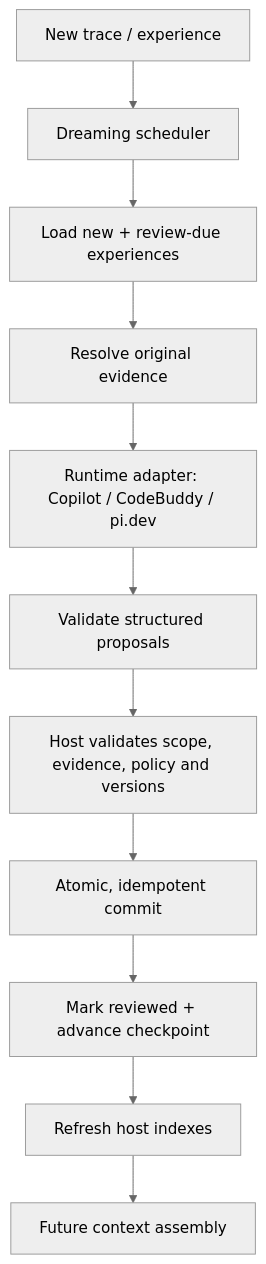
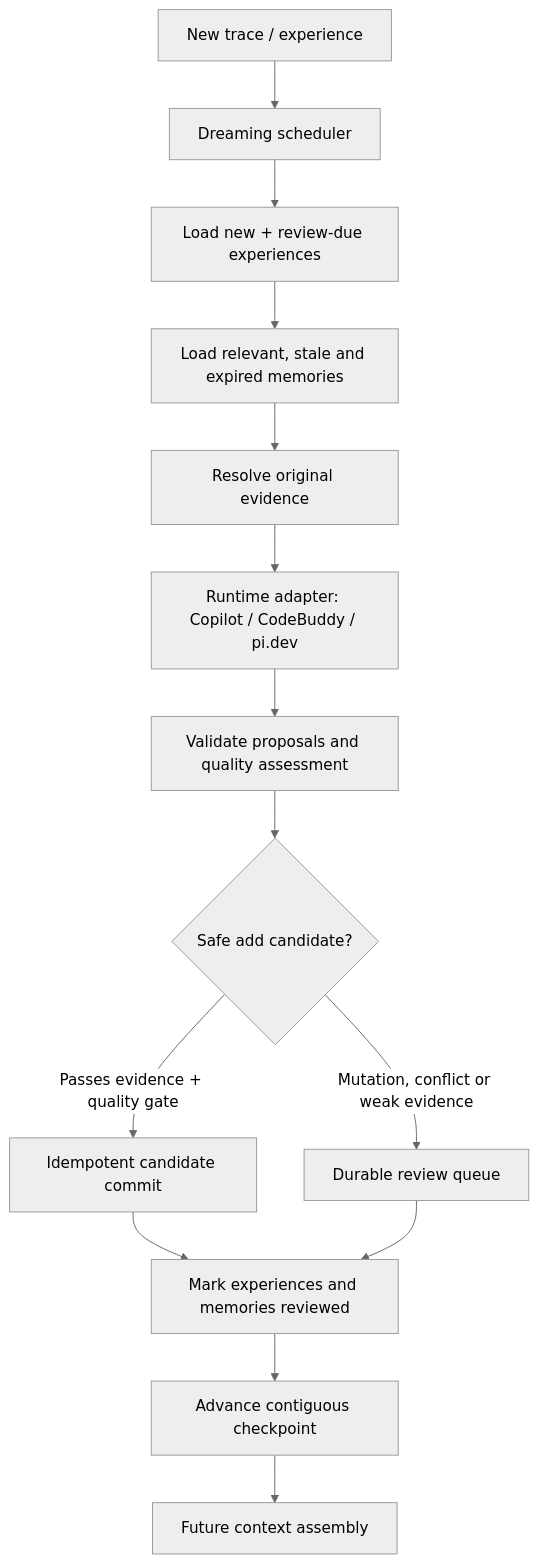
One commit to saga/common-agent-lib changed the diagram in docs/agent-memory-consolidation-design.md. Above: the diagram before and after it, drawn with Mermaid (neutral theme).

Commit message:
Update dreaming flow for review queue and candidate gate

````diff
--- a/docs/agent-memory-consolidation-design.md
+++ b/docs/agent-memory-consolidation-design.md
@@ -20,13 +20,16 @@
 ```mermaid
 flowchart TD
   A["New trace / experience"] --> B["Dreaming scheduler"]
   B --> C["Load new + review-due experiences"]
-  C --> D["Resolve original evidence"]
+  C --> C2["Load relevant, stale and expired memories"]
+  C2 --> D["Resolve original evidence"]
   D --> E["Runtime adapter: Copilot / CodeBuddy / pi.dev"]
-  E --> F["Validate structured proposals"]
-  F --> G["Host validates scope, evidence, policy and versions"]
-  G --> H["Atomic, idempotent commit"]
-  H --> I["Mark reviewed + advance checkpoint"]
-  I --> J["Refresh host indexes"]
+  E --> F["Validate proposals and quality assessment"]
+  F --> G{"Safe add candidate?"}
+  G -->|Passes evidence + quality gate| H["Idempotent candidate commit"]
+  G -->|Mutation, conflict or weak evidence| R["Durable review queue"]
+  H --> I["Mark experiences and memories reviewed"]
+  R --> I
+  I --> J["Advance contiguous checkpoint"]
   J --> K["Future context assembly"]
 ```
````
